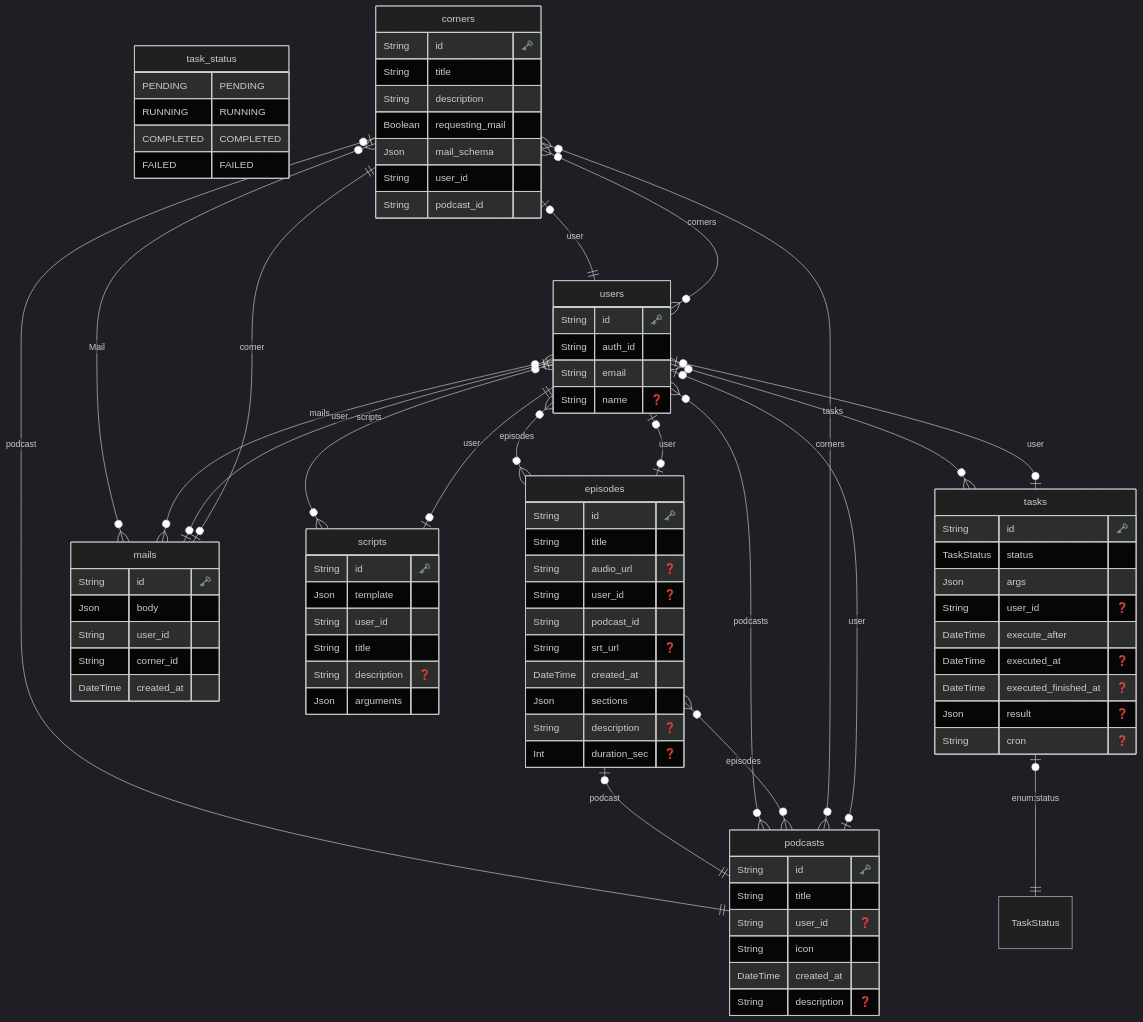
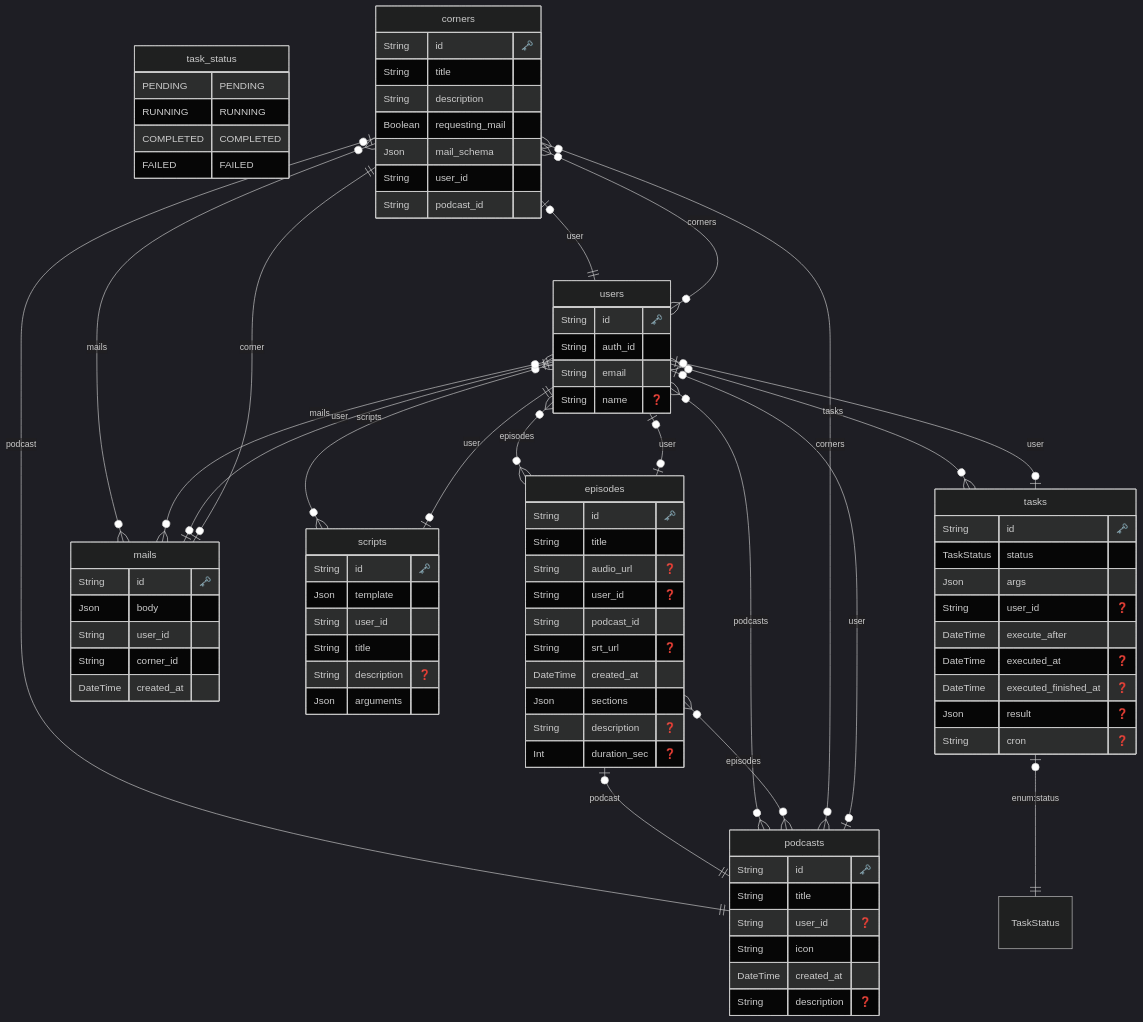
One commit to wakame-tech/botcast changed the diagram in api/prisma/schema/ERD.md. Above: the diagram before and after it, drawn with Mermaid (dark theme). The commit also changed 9 other files, not shown here.

```diff
--- a/api/prisma/schema/ERD.md
+++ b/api/prisma/schema/ERD.md
@@ -84,7 +84,7 @@
   
     "corners" o|--|| "users" : "user"
     "corners" o|--|| "podcasts" : "podcast"
-    "corners" o{--}o "mails" : "Mail"
+    "corners" o{--}o "mails" : "mails"
     "episodes" o|--|| "podcasts" : "podcast"
     "episodes" o|--|o "users" : "user"
     "mails" o|--|| "users" : "user"
```
